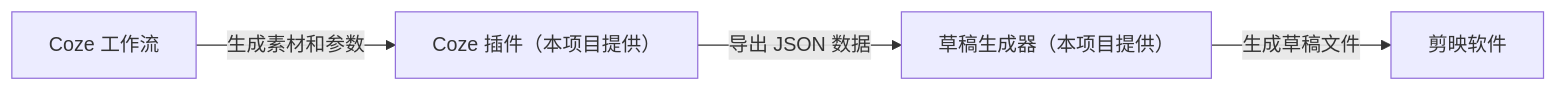
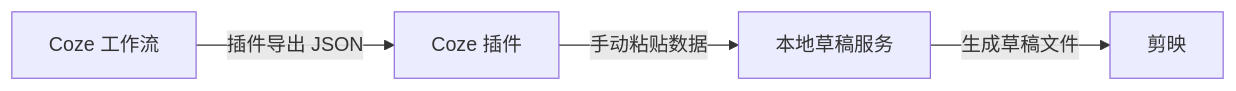
Before and after one commit to Gardene-el/Coze2JianYing: the first of 3 diagrams in README.md, drawn with Mermaid. The commit also changed other lines of this file and 2 other files, not shown here.

Commit message:
:art: feat: 添加 FUNDING.yml 文件和剪映小助手截图

````diff
--- a/README.md
+++ b/README.md
@@ -116,6 +25,6 @@
 ```mermaid
 graph LR
-    A[Coze 工作流] -->|生成素材和参数| B[Coze 插件（本项目提供）]
-    B -->|导出 JSON 数据| C[草稿生成器（本项目提供）]
-    C -->|生成草稿文件| D[剪映软件]
+    A[Coze 工作流] -->|插件导出 JSON| B[Coze 插件]
+    B -->|手动粘贴数据| C[本地草稿服务]
+    C -->|生成草稿文件| D[剪映]
 ```
````
